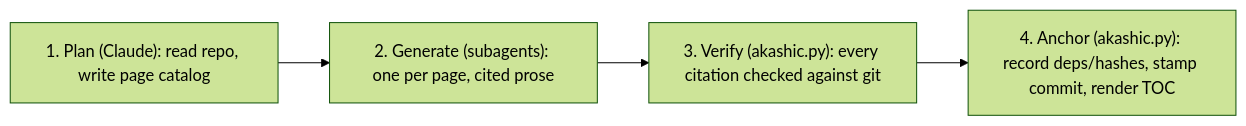
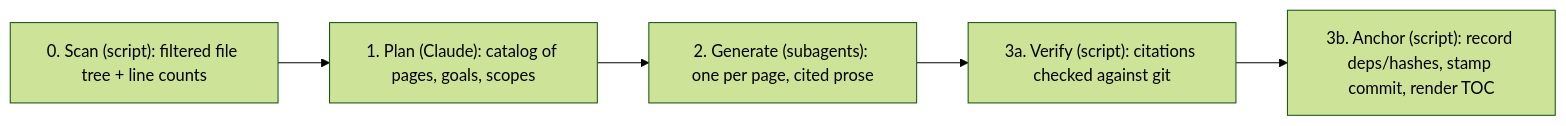
One commit to ARMeeru/akashic-record changed the diagram in .akashic/wiki/index.md. Above: the diagram before and after it, drawn with Mermaid (forest theme). The commit also changed other lines of this file and 3 other files, not shown here.

````diff
--- a/.akashic/wiki/index.md
+++ b/.akashic/wiki/index.md
@@ -27,6 +46,7 @@
 ```mermaid
 flowchart LR
-    Plan["1. Plan (Claude): read repo, write page catalog"] --> Generate["2. Generate (subagents): one per page, cited prose"]
-    Generate --> Verify["3. Verify (akashic.py): every citation checked against git"]
-    Verify --> Anchor["4. Anchor (akashic.py): record deps/hashes, stamp commit, render TOC"]
+    Scan["0. Scan (script): filtered file tree + line counts"] --> Plan["1. Plan (Claude): catalog of pages, goals, scopes"]
+    Plan --> Generate["2. Generate (subagents): one per page, cited prose"]
+    Generate --> Verify["3a. Verify (script): citations checked against git"]
+    Verify --> Anchor["3b. Anchor (script): record deps/hashes, stamp commit, render TOC"]
 ```
````
